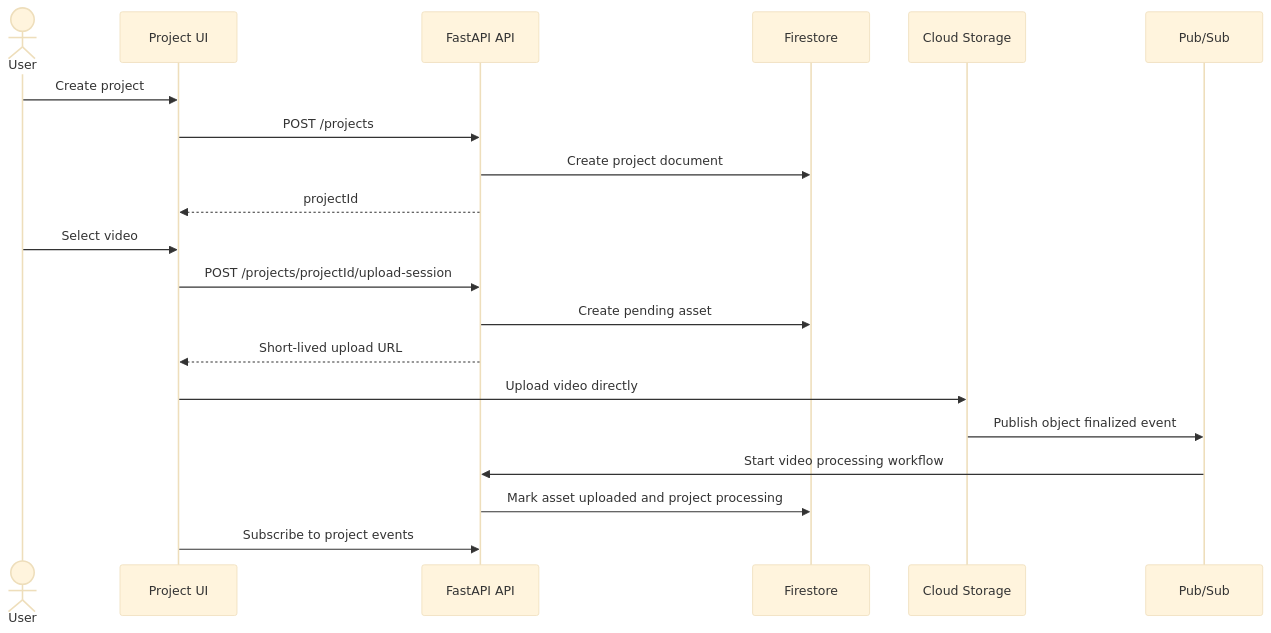
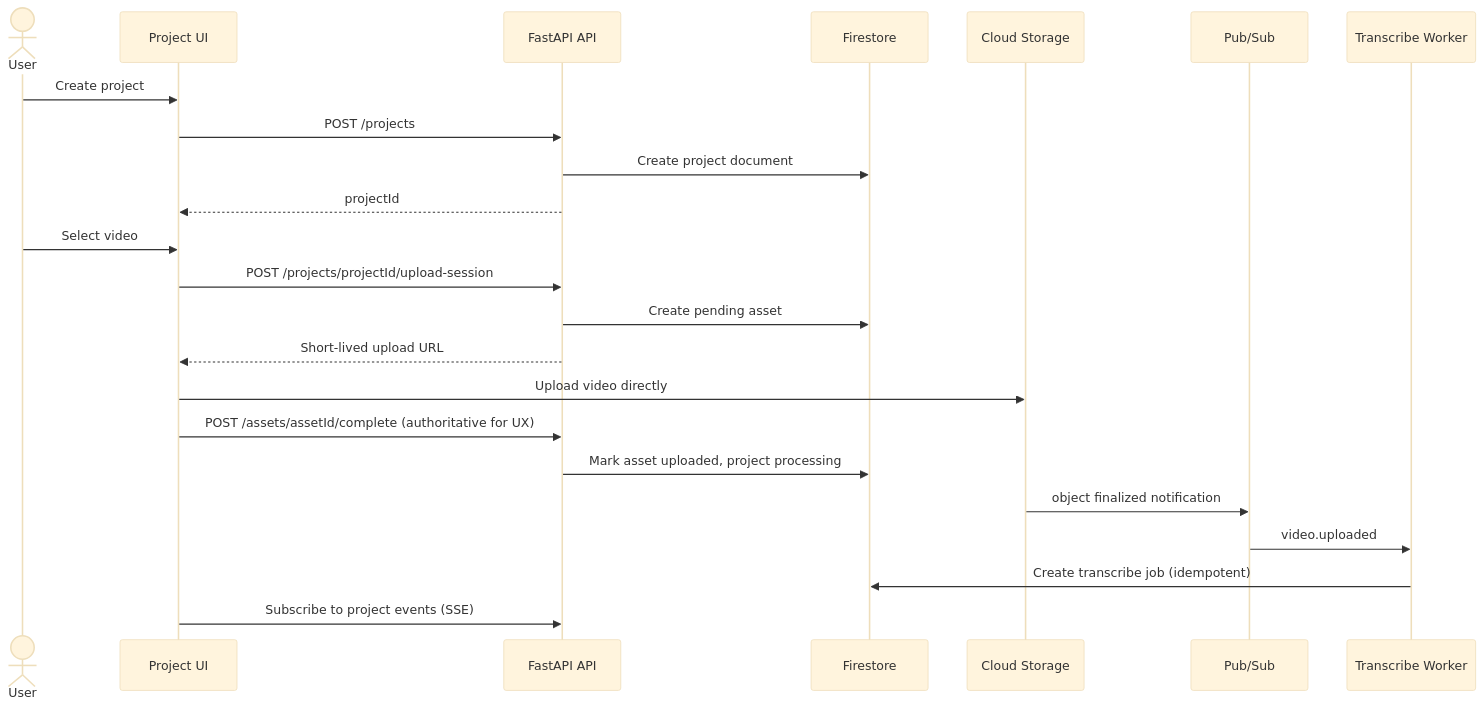
The fourth of 17 diagrams in docs/technical-design/diagrams.md (Saad-Surve/aibuildercup), drawn with Mermaid (base theme) before and after one commit. The commit also changed other lines of this file and 9 other files, not shown here.

```diff
--- a/docs/technical-design/diagrams.md
+++ b/docs/technical-design/diagrams.md
@@ -107,23 +107,26 @@
 ~~~mermaid
 sequenceDiagram
     actor User
     participant UI as Project UI
     participant API as FastAPI API
     participant FS as Firestore
     participant GCS as Cloud Storage
     participant PubSub as Pub/Sub
+    participant Worker as Transcribe Worker
 
     User->>UI: Create project
     UI->>API: POST /projects
     API->>FS: Create project document
     API-->>UI: projectId
     User->>UI: Select video
     UI->>API: POST /projects/projectId/upload-session
     API->>FS: Create pending asset
     API-->>UI: Short-lived upload URL
     UI->>GCS: Upload video directly
-    GCS->>PubSub: Publish object finalized event
-    PubSub->>API: Start video processing workflow
-    API->>FS: Mark asset uploaded and project processing
-    UI->>API: Subscribe to project events
+    UI->>API: POST /assets/assetId/complete (authoritative for UX)
+    API->>FS: Mark asset uploaded, project processing
+    GCS->>PubSub: object finalized notification
+    PubSub->>Worker: video.uploaded
+    Worker->>FS: Create transcribe job (idempotent)
+    UI->>API: Subscribe to project events (SSE)
 ~~~
```
